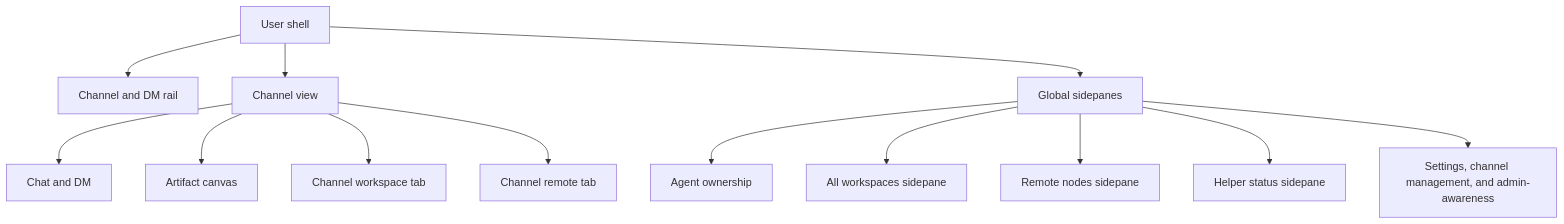
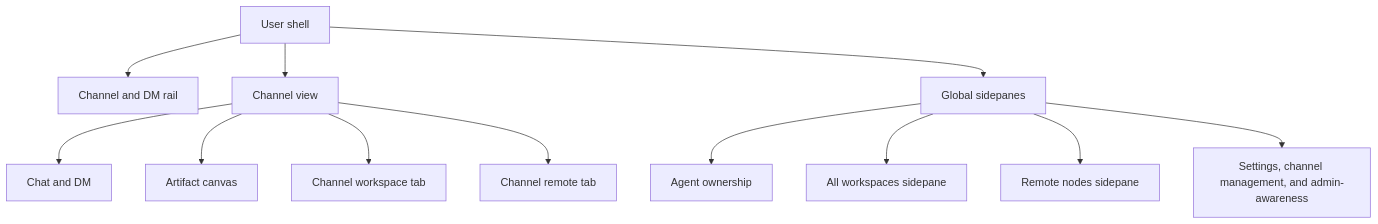
Before and after one commit to codetreker/borgee: the diagram in docs/current/client/feature-surfaces.md, drawn with Mermaid. The commit also changed other lines of this file and 24 other files, not shown here.

````diff
--- a/docs/current/client/feature-surfaces.md
+++ b/docs/current/client/feature-surfaces.md
@@ -7,29 +7,27 @@
 ```mermaid
 flowchart TB
   Shell[User shell]
   Rail[Channel and DM rail]
   Channel[Channel view]
   Sidepanes[Global sidepanes]
   Chat[Chat and DM]
   Canvas[Artifact canvas]
   ChannelWorkspace[Channel workspace tab]
   AllWorkspaces[All workspaces sidepane]
   ChannelRemote[Channel remote tab]
   RemoteNodes[Remote nodes sidepane]
-  HelperStatus[Helper status sidepane]
   Agents[Agent ownership]
   Settings[Settings, channel management, and admin-awareness]
 
   Shell --> Rail
   Shell --> Channel
   Shell --> Sidepanes
   Channel --> Chat
   Channel --> Canvas
   Channel --> ChannelWorkspace
   Channel --> ChannelRemote
   Sidepanes --> Agents
   Sidepanes --> AllWorkspaces
   Sidepanes --> RemoteNodes
-  Sidepanes --> HelperStatus
   Sidepanes --> Settings
 ```
````
